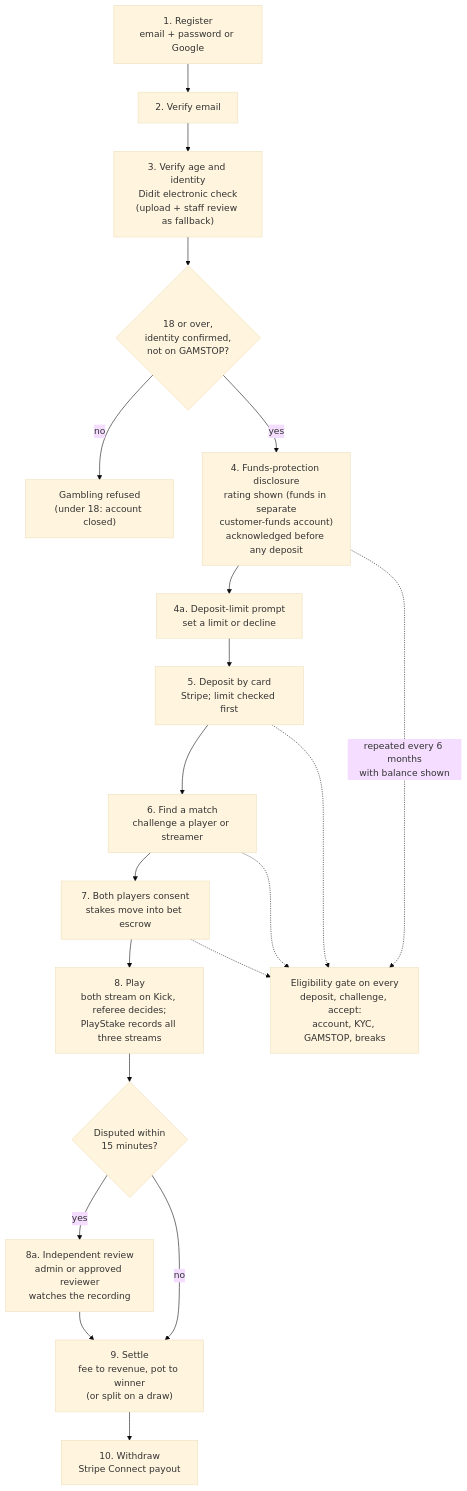
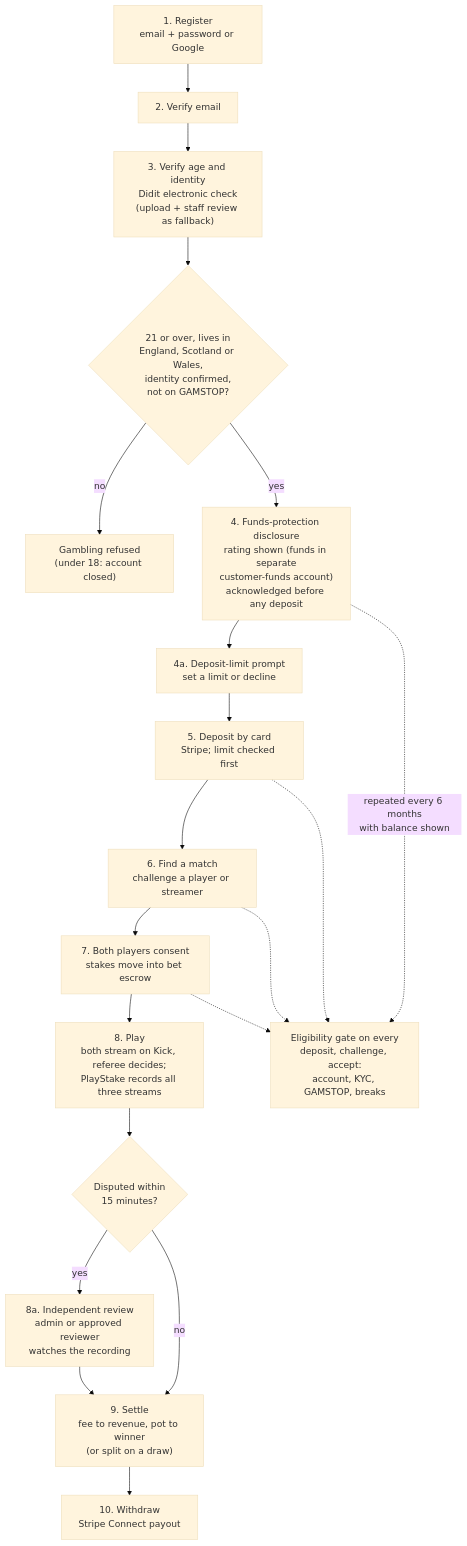
One commit to mayswill3/PlayStake changed the first of 2 diagrams in docs/compliance/09-end-to-end-flow.md. Above: the diagram before and after it, drawn with Mermaid (base theme). The commit also changed other lines of this file and 66 other files, not shown here.

````diff
--- a/docs/compliance/09-end-to-end-flow.md
+++ b/docs/compliance/09-end-to-end-flow.md
@@ -19,22 +19,22 @@
 ```mermaid
 flowchart TD
   A["1. Register<br/>email + password or Google"] --> B["2. Verify email"]
   B --> C["3. Verify age and identity<br/>Didit electronic check<br/>(upload + staff review as fallback)"]
-  C --> D{"18 or over,<br/>identity confirmed,<br/>not on GAMSTOP?"}
+  C --> D{"21 or over, lives in<br/>England, Scotland or Wales,<br/>identity confirmed,<br/>not on GAMSTOP?"}
   D -- no --> X["Gambling refused<br/>(under 18: account closed)"]
   D -- yes --> FP["4. Funds-protection disclosure<br/>rating shown (funds in separate<br/>customer-funds account)<br/>acknowledged before any deposit"]
   FP --> E["4a. Deposit-limit prompt<br/>set a limit or decline"]
   E --> F["5. Deposit by card<br/>Stripe; limit checked first"]
   F --> G["6. Find a match<br/>challenge a player or streamer"]
   G --> H["7. Both players consent<br/>stakes move into bet escrow"]
   H --> I["8. Play<br/>both stream on Kick, referee decides;<br/>PlayStake records all three streams"]
   I --> DS{"Disputed within<br/>15 minutes?"}
   DS -- yes --> RV["8a. Independent review<br/>admin or approved reviewer<br/>watches the recording"]
   RV --> J
   DS -- no --> J["9. Settle<br/>fee to revenue, pot to winner<br/>(or split on a draw)"]
   J --> K["10. Withdraw<br/>Stripe Connect payout"]
   G -.-> L["Eligibility gate on every<br/>deposit, challenge, accept:<br/>account, KYC, GAMSTOP, breaks"]
   H -.-> L
   F -.-> L
   FP -. "repeated every 6 months<br/>with balance shown" .-> L
 ```
````
